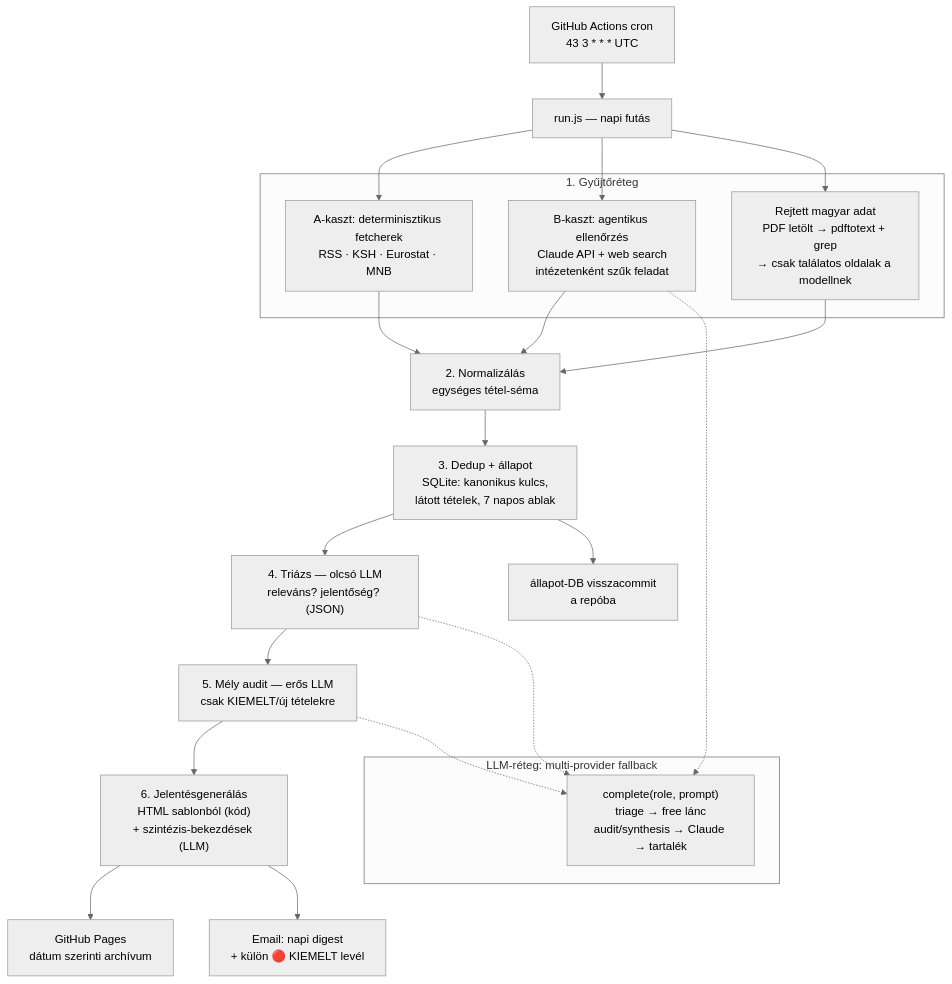
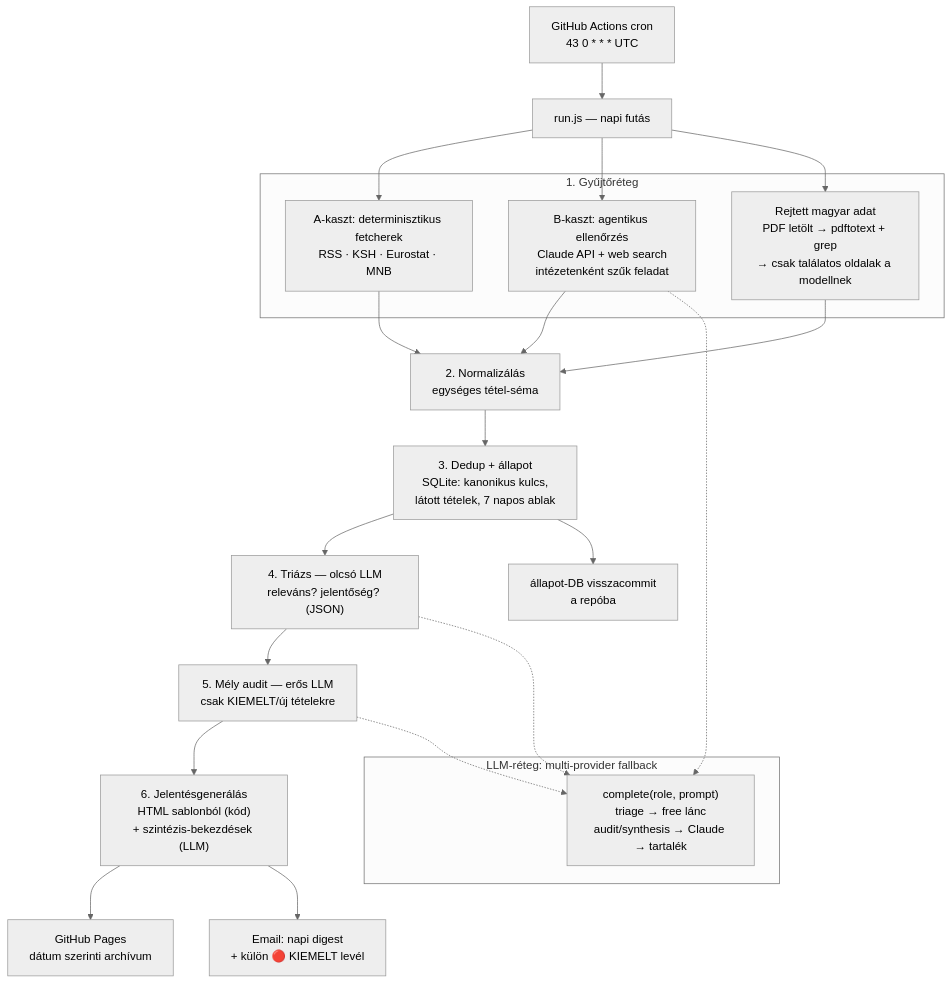
One commit to Goszmarton/survey-monitor changed the diagram in docs/ARCHITEKTURA.md. Above: the diagram before and after it, drawn with Mermaid (neutral theme). The commit also changed other lines of this file and 22 other files, not shown here.

````diff
--- a/docs/ARCHITEKTURA.md
+++ b/docs/ARCHITEKTURA.md
@@ -39,35 +39,35 @@
 ```mermaid
 flowchart TD
-    CRON["GitHub Actions cron\n43 3 * * * UTC"] --> RUN[run.js — napi futás]
+    CRON["GitHub Actions cron\n43 0 * * * UTC"] --> RUN[run.js — napi futás]
 
     subgraph GYUJTES["1. Gyűjtőréteg"]
         A["A-kaszt: determinisztikus fetcherek\nRSS · KSH · Eurostat · MNB"]
         B["B-kaszt: agentikus ellenőrzés\nClaude API + web search\nintézetenként szűk feladat"]
         C["Rejtett magyar adat\nPDF letölt → pdftotext + grep\n→ csak találatos oldalak a modellnek"]
     end
 
     RUN --> A
     RUN --> B
     RUN --> C
 
     A --> NORM["2. Normalizálás\negységes tétel-séma"]
     B --> NORM
     C --> NORM
 
     NORM --> DEDUP["3. Dedup + állapot\nSQLite: kanonikus kulcs,\nlátott tételek, 7 napos ablak"]
     DEDUP --> TRIAGE["4. Triázs — olcsó LLM\nreleváns? jelentőség? (JSON)"]
     TRIAGE --> AUDIT["5. Mély audit — erős LLM\ncsak KIEMELT/új tételekre"]
     AUDIT --> REPORT["6. Jelentésgenerálás\nHTML sablonból (kód)\n+ szintézis-bekezdések (LLM)"]
 
     REPORT --> PAGES["GitHub Pages\ndátum szerinti archívum"]
     REPORT --> MAIL["Email: napi digest\n+ külön 🔴 KIEMELT levél"]
     DEDUP --> COMMIT["állapot-DB visszacommit\na repóba"]
 
     subgraph LLMLAYER["LLM-réteg: multi-provider fallback"]
         P["complete(role, prompt)\ntriage → free lánc\naudit/synthesis → Claude → tartalék"]
     end
 
     TRIAGE -.-> P
     AUDIT -.-> P
     B -.-> P
 ```
````
